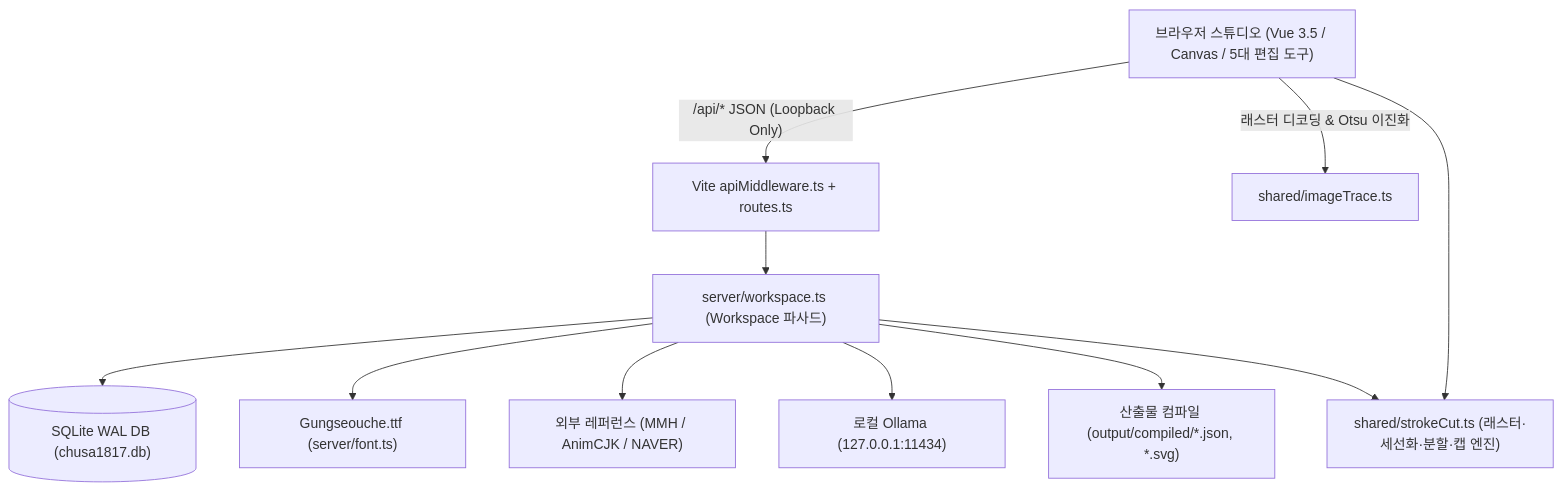
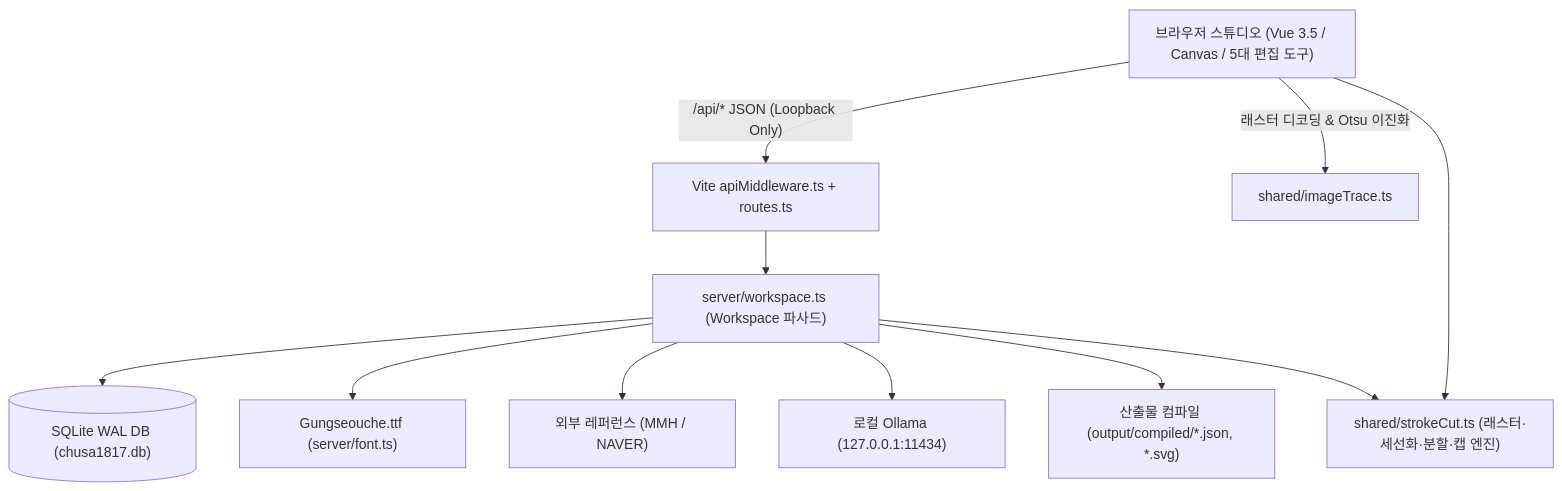
One commit to newkies-git/font2svg changed the first of 2 diagrams in docs/codebase-logic-analysis.md. Above: the diagram before and after it, drawn with Mermaid. The commit also changed other lines of this file and 35 other files, not shown here.

First line of the commit message:
feat(app): 참고 출처를 NAVER 우선으로 바꾸고 AnimCJK를 DB·로직에서 제거

````diff
--- a/docs/codebase-logic-analysis.md
+++ b/docs/codebase-logic-analysis.md
@@ -38,13 +38,13 @@
 ```mermaid
 flowchart TD
     UI["브라우저 스튜디오 (Vue 3.5 / Canvas / 5대 편집 도구)"] -->|"/api/* JSON (Loopback Only)"| MW["Vite apiMiddleware.ts + routes.ts"]
     UI -->|"래스터 디코딩 & Otsu 이진화"| TRACE["shared/imageTrace.ts"]
     MW --> WS["server/workspace.ts (Workspace 파사드)"]
     WS --> DB[("SQLite WAL DB (chusa1817.db)")]
     WS --> TTF["Gungseouche.ttf (server/font.ts)"]
-    WS --> REF["외부 레퍼런스 (MMH / AnimCJK / NAVER)"]
+    WS --> REF["외부 레퍼런스 (MMH / NAVER)"]
     WS --> OL["로컬 Ollama (127.0.0.1:11434)"]
     WS --> COMP["산출물 컴파일 (output/compiled/*.json, *.svg)"]
     WS --> SC["shared/strokeCut.ts (래스터·세선화·분할·캡 엔진)"]
     UI --> SC
 ```
````
